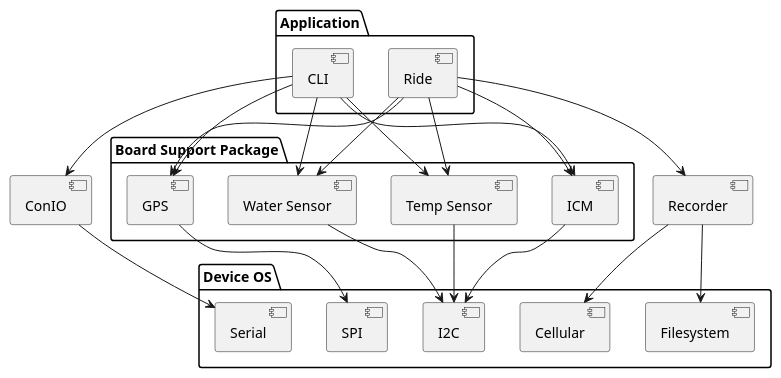
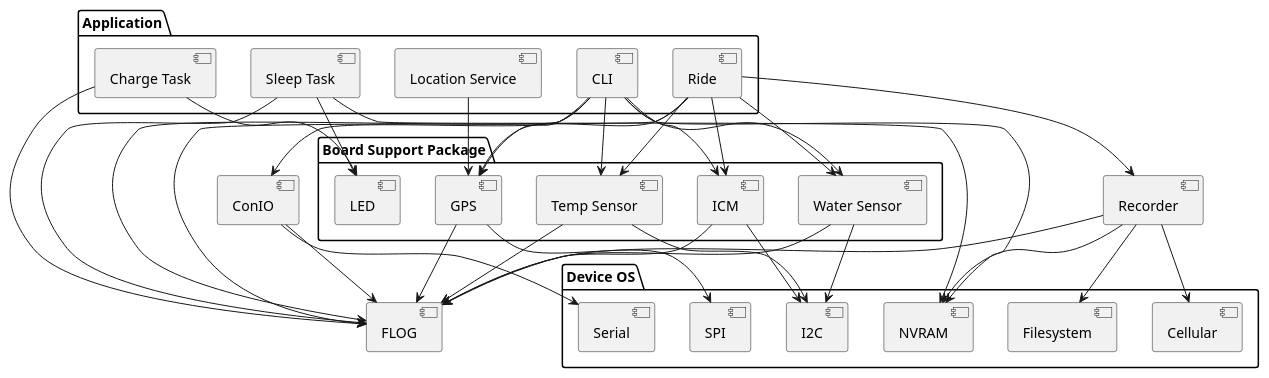
One commit to UCSD-E4E/smartfin-fw3 changed the diagram in docs/application.puml. Above: the diagram before and after it, drawn with PlantUML.

Commit message:
feature: update application puml diagram to include full system components

```diff
--- a/docs/application.puml
+++ b/docs/application.puml
@@ -1,44 +1,66 @@
 @startuml Service Diagram
 package "Device OS" {
     [Cellular] as cellular
     [I2C] as i2c
     [Serial] as serial
     [Filesystem] as fs
     [SPI] as spi
+    [NVRAM] as nvram
 }
 
 
 package "Application" {
     [CLI] as cli
     [Ride] as ride
+    [Charge Task] as charge_task
+    [Sleep Task] as sleep_task
+    [Location Service] as loc_service
 }
 
 package "Board Support Package" {
     [Temp Sensor] as temp_sensor
     [Water Sensor] as water_sensor
     [GPS] as gps
+    [LED] as led
     [ICM] as icm
 }
 [ConIO] as conio
 [Recorder] as recorder
+[FLOG] as flog
 
 ride --> temp_sensor
 ride --> gps
 ride --> icm
 ride --> recorder
+ride --> flog
 ride --> water_sensor
+loc_service --> gps
+charge_task --> led
+charge_task --> flog
+sleep_task --> led
+sleep_task --> nvram
+sleep_task --> flog
 
 cli --> gps
 cli --> temp_sensor
 cli --> conio
+cli --> flog
 cli --> icm
+cli --> nvram
 cli --> water_sensor
 
 gps --> spi
 icm --> i2c
 water_sensor --> i2c
 temp_sensor --> i2c
 conio --> serial
 recorder --> fs
 recorder --> cellular
+recorder --> nvram
+recorder --> flog
+conio --> flog
+gps --> flog
+icm --> flog
+water_sensor --> flog
+temp_sensor --> flog
 @enduml
```
